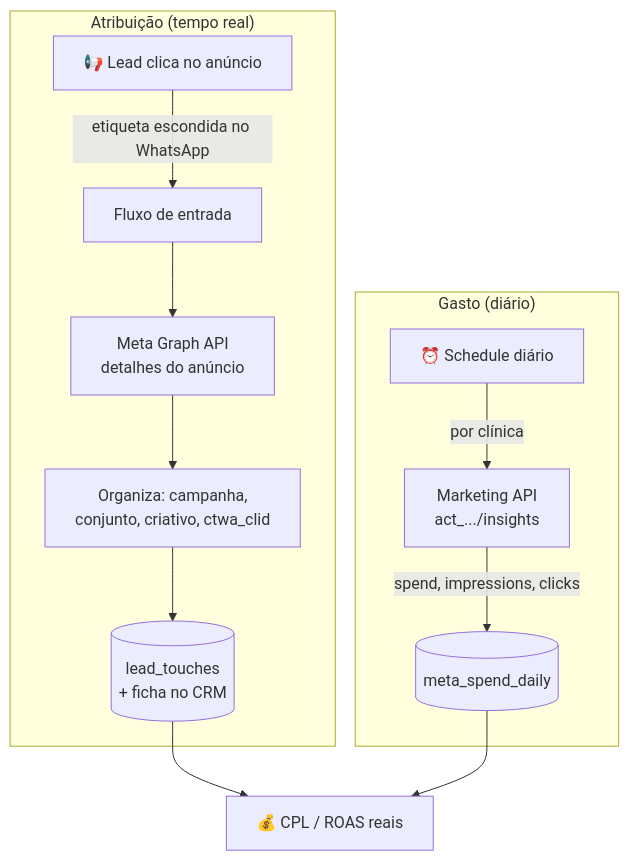
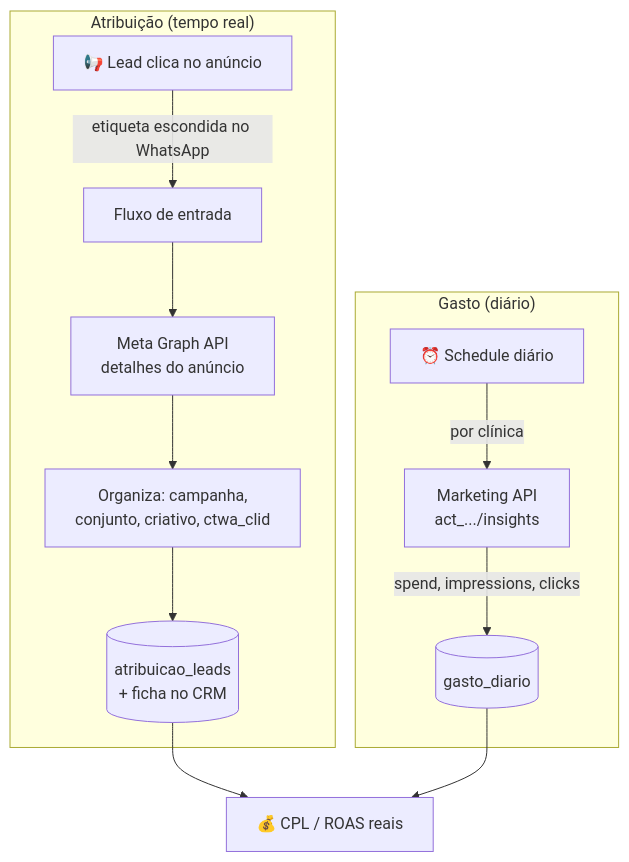
Before and after one commit to iTristaoo/meta-ads-attribution: the diagram in README.md, drawn with Mermaid. The commit also changed other lines of this file, not shown here.

Commit message:
docs: review fixes — honestidade, CTA, anonimização e mermaid

````diff
--- a/README.md
+++ b/README.md
@@ -30,15 +31,15 @@
 ```mermaid
 flowchart TD
     subgraph "Atribuição (tempo real)"
       AD[📢 Lead clica no anúncio] -->|etiqueta escondida no WhatsApp| HOOK[Fluxo de entrada]
       HOOK --> GAPI[Meta Graph API<br/>detalhes do anúncio]
       GAPI --> ORG[Organiza: campanha,<br/>conjunto, criativo, ctwa_clid]
-      ORG --> TOUCH[(lead_touches<br/>+ ficha no CRM)]
+      ORG --> TOUCH[(atribuicao_leads<br/>+ ficha no CRM)]
     end
     subgraph "Gasto (diário)"
       SCHED[⏰ Schedule diário] -->|por clínica| INS[Marketing API<br/>act_.../insights]
-      INS -->|spend, impressions, clicks| SPEND[(meta_spend_daily)]
+      INS -->|spend, impressions, clicks| SPEND[(gasto_diario)]
     end
     TOUCH --> ROI[💰 CPL / ROAS reais]
     SPEND --> ROI
 ```
````
